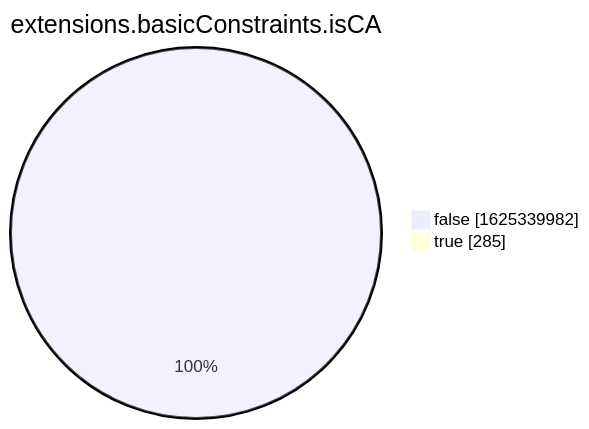
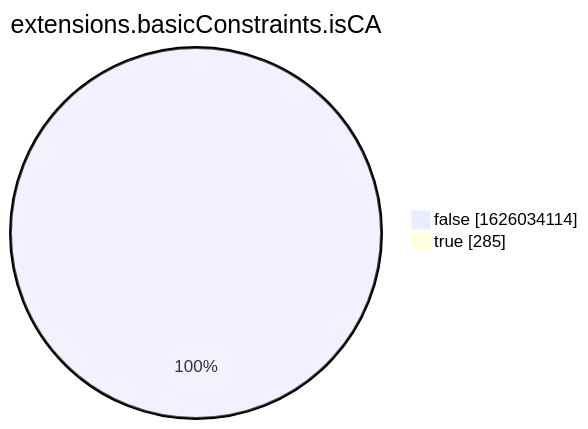
The eighth of 15 diagrams in xenon2022/README.md (christiankrug/ctmonitor_visualization), drawn with Mermaid before and after one commit. The commit also changed other lines of this file, not shown here.

````diff
--- a/xenon2022/README.md
+++ b/xenon2022/README.md
@@ -2863,6 +2863,6 @@
 ```mermaid
 pie showData
 title extensions.basicConstraints.isCA
-"false" :1625339982
+"false" :1626034114
 "true" :285
 ```
````
